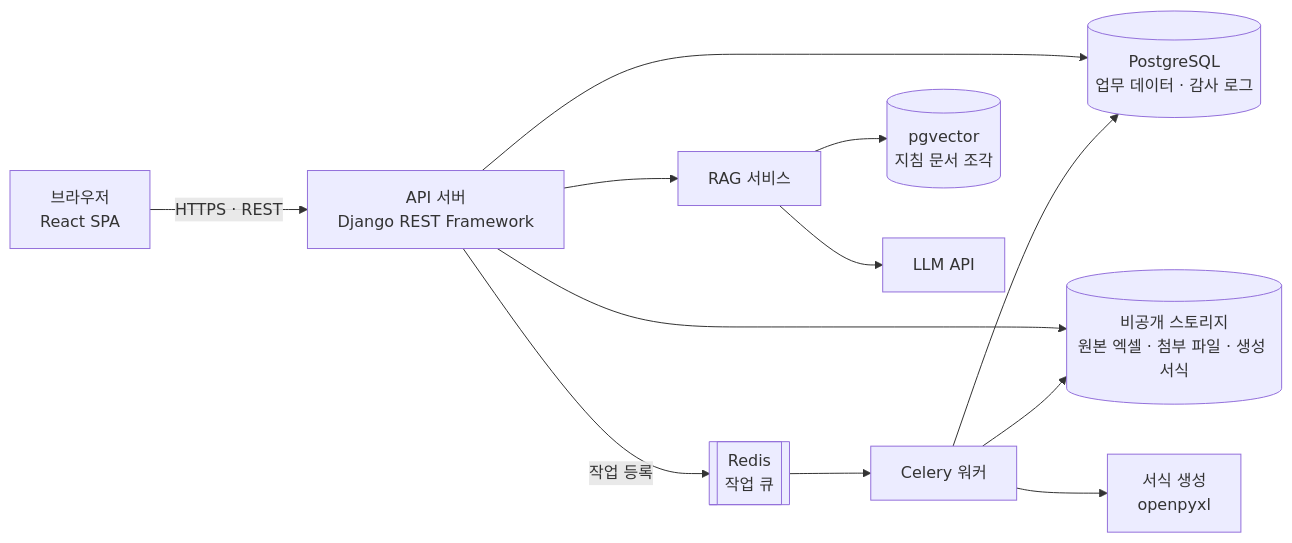
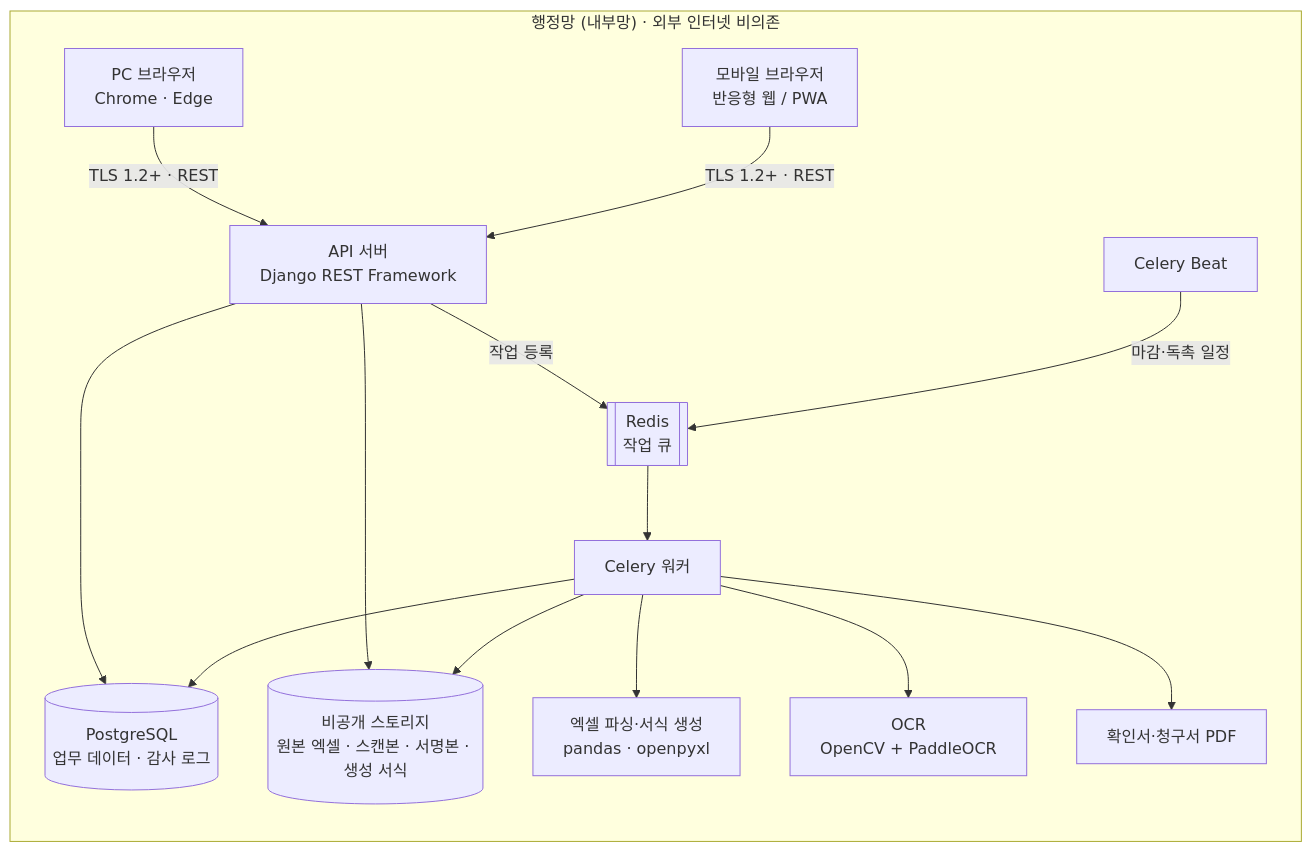
One commit to YC-CapstoneDesign-5/.github changed the third of 15 diagrams in docs/ARCHITECTURE.md. Above: the diagram before and after it, drawn with Mermaid. The commit also changed other lines of this file and 7 other files, not shown here.

````diff
--- a/docs/ARCHITECTURE.md
+++ b/docs/ARCHITECTURE.md
@@ -123,14 +160,17 @@
 ```mermaid
 flowchart LR
-    U["브라우저<br>React SPA"] -->|HTTPS · REST| API["API 서버<br>Django REST Framework"]
-    API --> DB[("PostgreSQL<br>업무 데이터 · 감사 로그")]
-    API --> ST[("비공개 스토리지<br>원본 엑셀 · 첨부 파일 · 생성 서식")]
-    API -->|작업 등록| Q[["Redis<br>작업 큐"]]
-    Q --> W["Celery 워커"]
-    W --> XL["서식 생성<br>openpyxl"]
-    W --> DB
-    W --> ST
-    API --> RAG["RAG 서비스"]
-    RAG --> VDB[("pgvector<br>지침 문서 조각")]
-    RAG --> LLM["LLM API"]
+    subgraph NET["행정망 (내부망) · 외부 인터넷 비의존"]
+        PC["PC 브라우저<br>Chrome · Edge"] -->|TLS 1.2+ · REST| API
+        MOB["모바일 브라우저<br>반응형 웹 / PWA"] -->|TLS 1.2+ · REST| API
+        API["API 서버<br>Django REST Framework"] --> DB[("PostgreSQL<br>업무 데이터 · 감사 로그")]
+        API --> ST[("비공개 스토리지<br>원본 엑셀 · 스캔본 · 서명본 · 생성 서식")]
+        API -->|작업 등록| Q[["Redis<br>작업 큐"]]
+        Q --> W["Celery 워커"]
+        W --> XLW["엑셀 파싱·서식 생성<br>pandas · openpyxl"]
+        W --> OCRW["OCR<br>OpenCV + PaddleOCR"]
+        W --> PDF["확인서·청구서 PDF"]
+        W --> DB
+        W --> ST
+        BEAT["Celery Beat"] -->|마감·독촉 일정| Q
+    end
 ```
````
